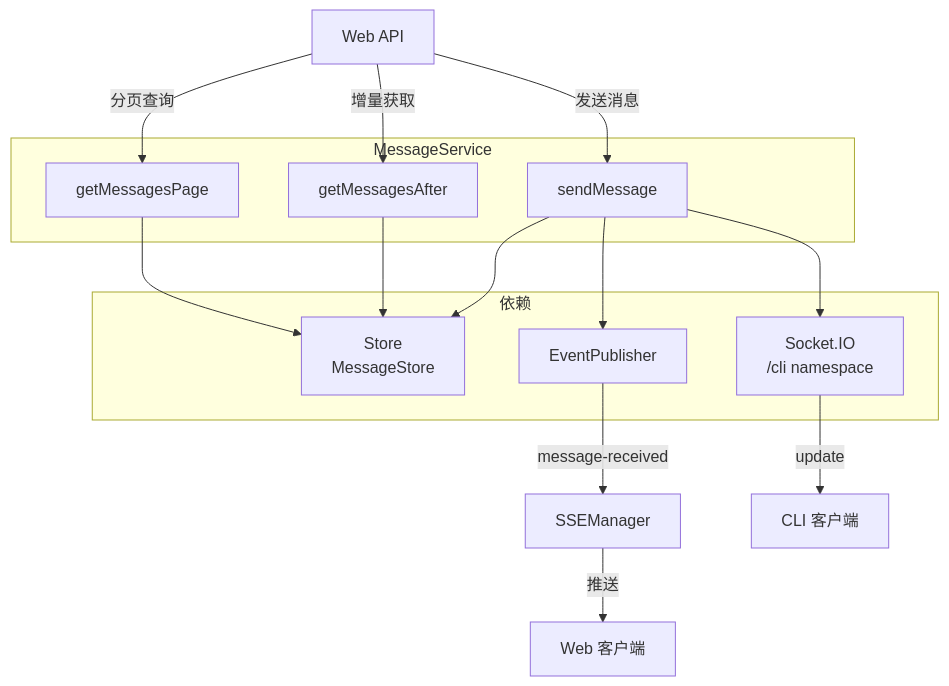
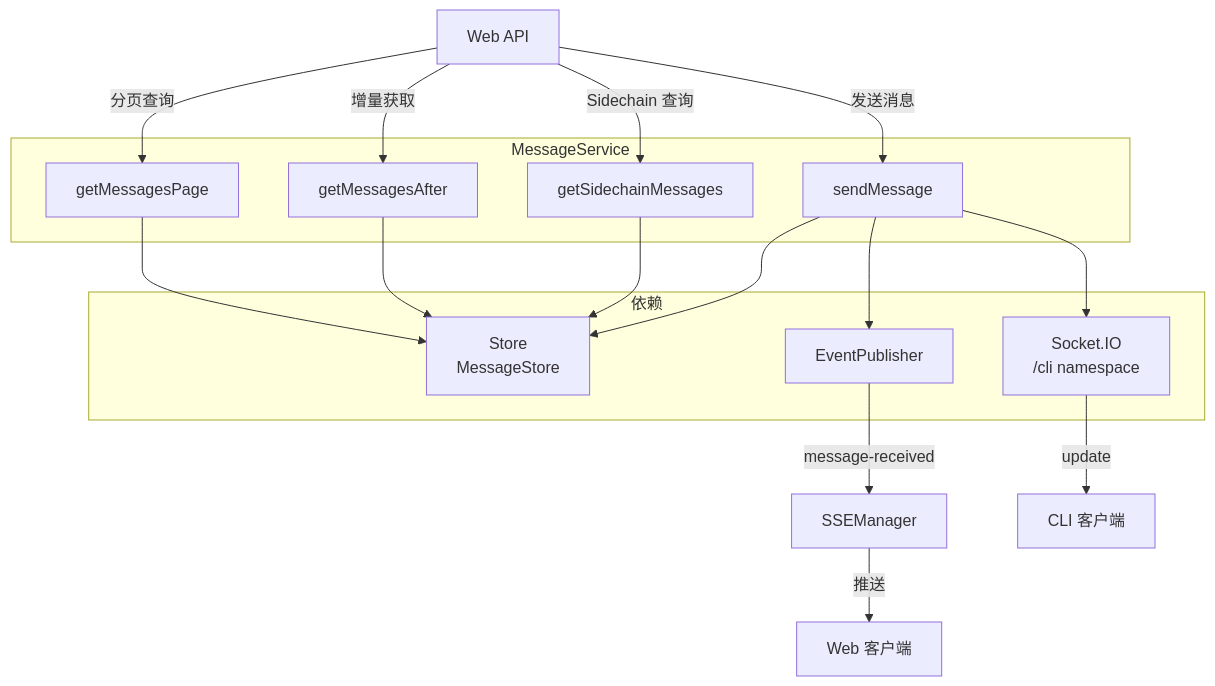
One commit to ModuBit/mobi changed the first of 3 diagrams in docs/architecture/hub/sync/message-service.md. Above: the diagram before and after it, drawn with Mermaid. The commit also changed other lines of this file and 56 other files, not shown here.

````diff
--- a/docs/architecture/hub/sync/message-service.md
+++ b/docs/architecture/hub/sync/message-service.md
@@ -9,28 +9,31 @@
 ```mermaid
 flowchart TB
     subgraph MessageService
         getMessagesPage[getMessagesPage]
         getMessagesAfter[getMessagesAfter]
+        getSidechainMessages[getSidechainMessages]
         sendMessage[sendMessage]
     end
 
     subgraph 依赖
         Store[Store<br/>MessageStore]
         IO[Socket.IO<br/>/cli namespace]
         Publisher[EventPublisher]
     end
 
     WebAPI[Web API] -->|分页查询| getMessagesPage
     WebAPI -->|增量获取| getMessagesAfter
+    WebAPI -->|Sidechain 查询| getSidechainMessages
     WebAPI -->|发送消息| sendMessage
 
     getMessagesPage --> Store
     getMessagesAfter --> Store
+    getSidechainMessages --> Store
     sendMessage --> Store
     sendMessage --> IO
     sendMessage --> Publisher
 
     Publisher -->|message-received| SSE[SSEManager]
     SSE -->|推送| Web[Web 客户端]
     IO -->|update| CLI[CLI 客户端]
 ```
````
